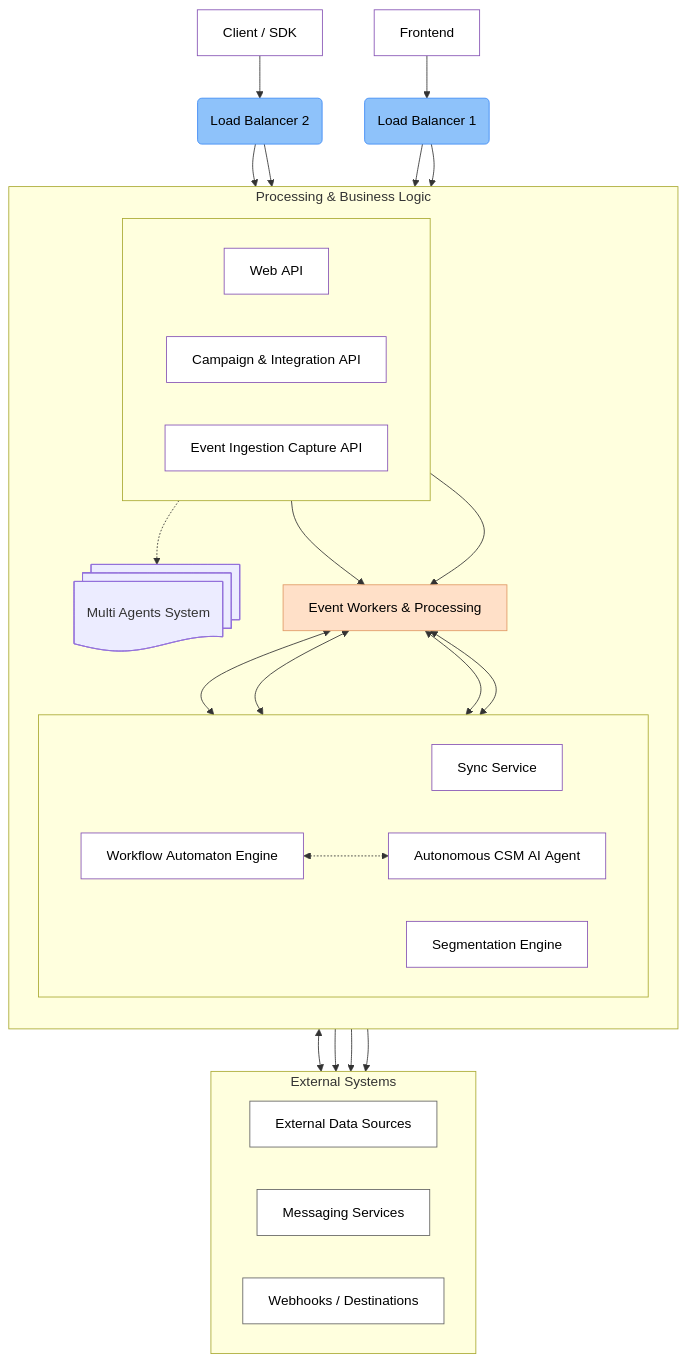
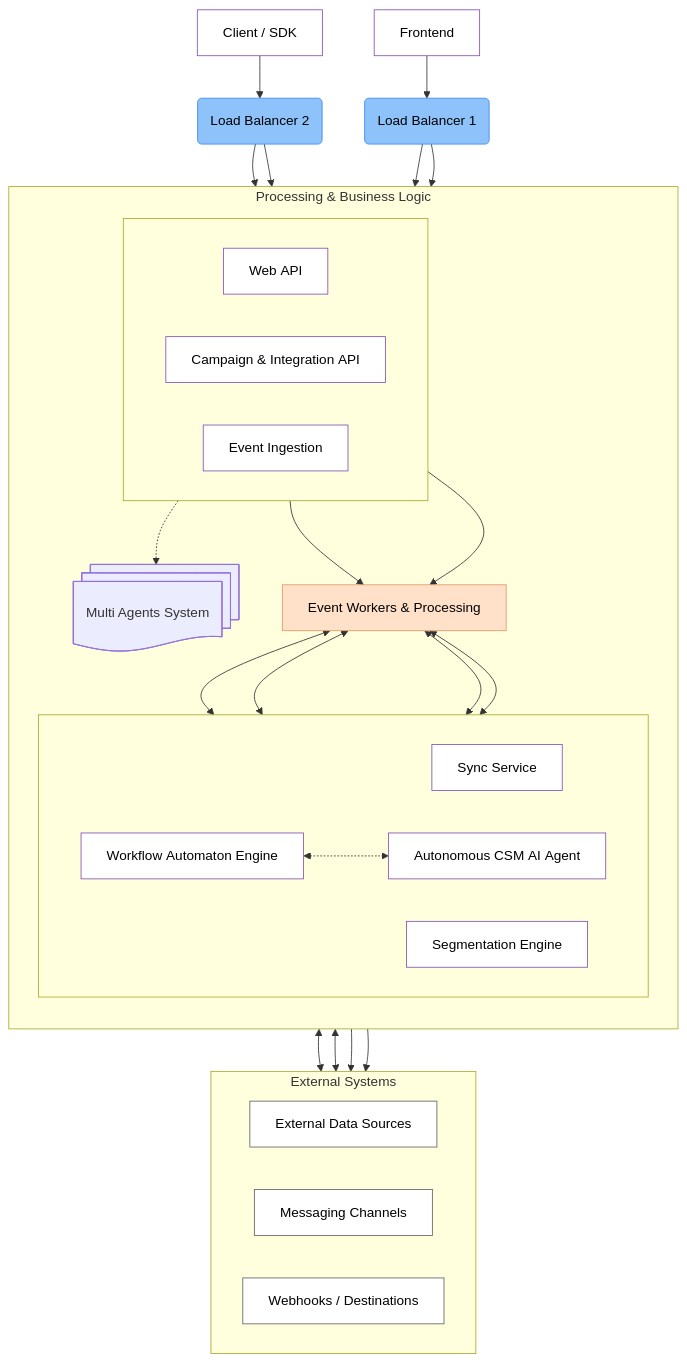
Before and after one commit to Influentia-ai/docs: the diagram in docs/intro.md, drawn with Mermaid.

Commit message:
Use Mermaid

```diff
--- a/docs/intro.md
+++ b/docs/intro.md
@@ -67,7 +67,7 @@
    direction LR
    API1[Web&nbsp;API]
    API2[Campaign&nbsp;&amp;&nbsp;Integration&nbsp;API]
-   API3[Event&nbsp;Ingestion&nbsp;Capture&nbsp;API]
+   API3[Event&nbsp;Ingestion]
    end
    
    EW[Event&nbsp;Workers&nbsp;&amp;&nbsp;Processing]
@@ -89,7 +89,7 @@
    subgraph EXTGRP[External Systems]
    direction LR
    EXT[External&nbsp;Data&nbsp;Sources]
-   MSG[Messaging&nbsp;Services]
+   MSG[Messaging&nbsp;Channels]
    WH[Webhooks&nbsp;/&nbsp;Destinations]
    end
    
@@ -119,7 +119,7 @@
    
    %% Core services → external systems
    SS <--> EXT
-   AI --> MSG
+   AI <--> MSG
    WF --> WH
    EW --> WH
    
```
